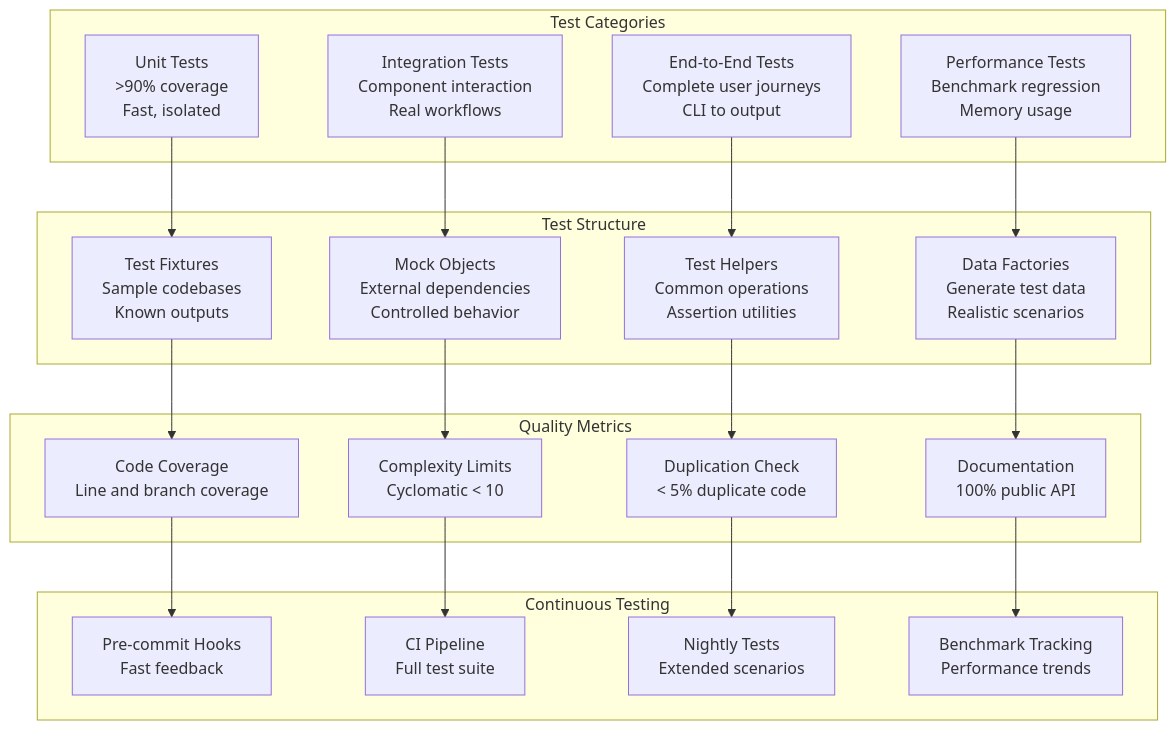
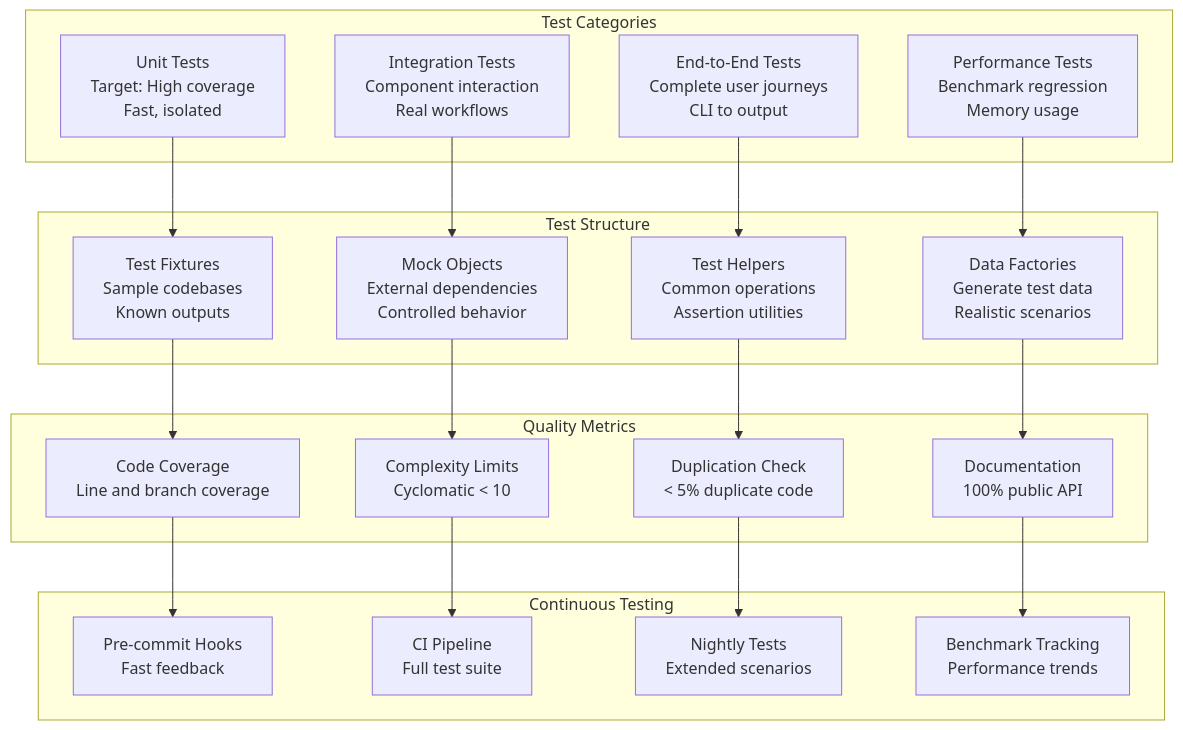
One commit to jddunn/tenets changed diagram 24 of 31 in docs/ARCHITECTURE.md. Above: the diagram before and after it, drawn with Mermaid. The commit also changed other lines of this file and 14 other files, not shown here.

````diff
--- a/docs/ARCHITECTURE.md
+++ b/docs/ARCHITECTURE.md
@@ -1853,45 +1847,45 @@
 ```mermaid
 graph TB
     subgraph "Test Categories"
-        UNIT[Unit Tests<br/>>90% coverage<br/>Fast, isolated]
+        UNIT[Unit Tests<br/>Target: High coverage<br/>Fast, isolated]
         INTEGRATION[Integration Tests<br/>Component interaction<br/>Real workflows]
         E2E[End-to-End Tests<br/>Complete user journeys<br/>CLI to output]
         PERFORMANCE[Performance Tests<br/>Benchmark regression<br/>Memory usage]
     end
 
     subgraph "Test Structure"
         FIXTURES[Test Fixtures<br/>Sample codebases<br/>Known outputs]
         MOCKS[Mock Objects<br/>External dependencies<br/>Controlled behavior]
         HELPERS[Test Helpers<br/>Common operations<br/>Assertion utilities]
         FACTORIES[Data Factories<br/>Generate test data<br/>Realistic scenarios]
     end
 
     subgraph "Quality Metrics"
         COVERAGE[Code Coverage<br/>Line and branch coverage]
         COMPLEXITY[Complexity Limits<br/>Cyclomatic < 10]
         DUPLICATION[Duplication Check<br/>< 5% duplicate code]
         DOCUMENTATION[Documentation<br/>100% public API]
     end
 
     subgraph "Continuous Testing"
         PRE_COMMIT[Pre-commit Hooks<br/>Fast feedback]
         CI_PIPELINE[CI Pipeline<br/>Full test suite]
         NIGHTLY[Nightly Tests<br/>Extended scenarios]
         BENCHMARKS[Benchmark Tracking<br/>Performance trends]
     end
 
     UNIT --> FIXTURES
     INTEGRATION --> MOCKS
     E2E --> HELPERS
     PERFORMANCE --> FACTORIES
 
     FIXTURES --> COVERAGE
     MOCKS --> COMPLEXITY
     HELPERS --> DUPLICATION
     FACTORIES --> DOCUMENTATION
 
     COVERAGE --> PRE_COMMIT
     COMPLEXITY --> CI_PIPELINE
     DUPLICATION --> NIGHTLY
     DOCUMENTATION --> BENCHMARKS
 ```
````
